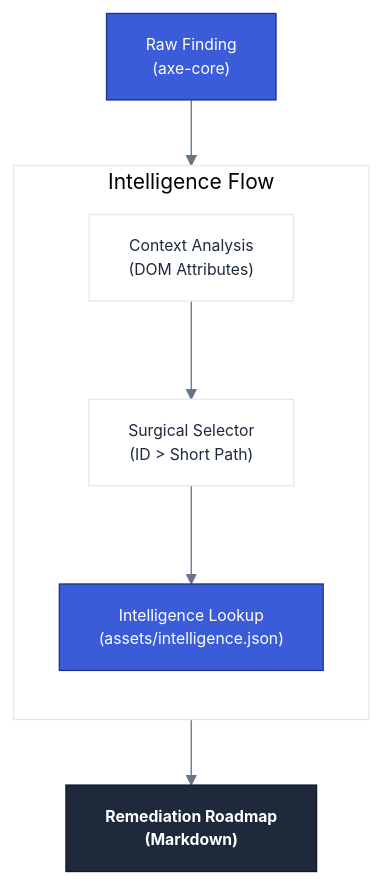
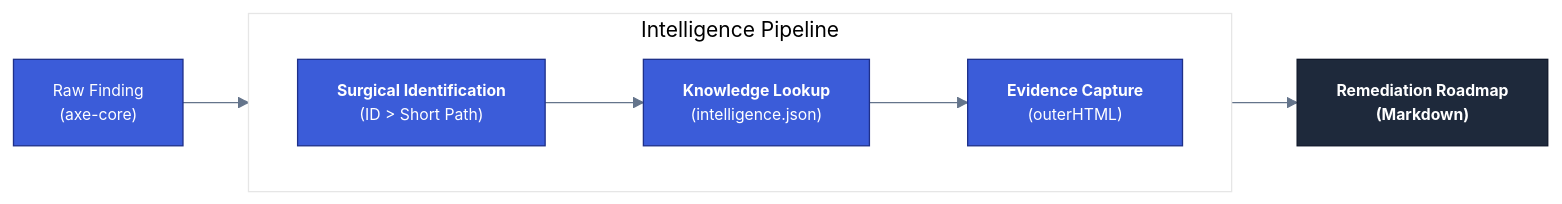
The diagram in docs/engine-intelligence.md (diegovelasquezweb/a11y-skill), drawn with Mermaid before and after one commit. The commit also changed other lines of this file and 1 other file, not shown here.

Commit message:
docs: Refine a11y remediation workflow with new user options and update the intelligence pipeline diagram.

````diff
--- a/docs/engine-intelligence.md
+++ b/docs/engine-intelligence.md
@@ -74,26 +61,23 @@
 ```mermaid
 %%{init: { 'theme': 'base', 'themeVariables': { 'primaryColor': '#3b5cd9', 'primaryTextColor': '#1e293b', 'primaryBorderColor': '#1e308a', 'lineColor': '#64748b', 'secondaryColor': '#f1f5f9', 'tertiaryColor': '#fff', 'mainBkg': '#fff', 'nodeBorder': '#e2e8f0' } } }%%
-flowchart TD
-    Finding["Raw Finding<br/>(axe-core)"]
+flowchart LR
+    Finding["Raw Finding<br/>(axe-core)"] --> Analysis
 
-    subgraph Analysis ["Intelligence Flow"]
-        direction TB
-        Context["Context Analysis<br/>(DOM Attributes)"]
-        Hint["Surgical Selector<br/>(ID > Short Path)"]
-        Match["Intelligence Lookup<br/>(assets/intelligence.json)"]
+    subgraph Analysis["Intelligence Pipeline"]
+        direction LR
+        Surgical["<b>Surgical Identification</b><br/>(ID > Short Path)"]
+        Match["<b>Knowledge Lookup</b><br/>(intelligence.json)"]
+        Evidence["<b>Evidence Capture</b><br/>(outerHTML)"]
+
+        Surgical --> Match --> Evidence
     end
 
-    Roadmap["<b>Remediation Roadmap</b><br/>(Markdown)"]
-
-    Finding --> Context
-    Context --> Hint
-    Hint --> Match
-    Match --> Roadmap
+    Analysis --> Roadmap["<b>Remediation Roadmap</b><br/>(Markdown)"]
 
     classDef default font-family:Inter,sans-serif,font-size:12px;
     classDef core fill:#3b5cd9,color:#fff,stroke:#1e308a;
     classDef roadmap fill:#1e293b,color:#fff,stroke:#0f172a,font-weight:bold;
 
-    class Finding,Match core;
+    class Finding,Match,Surgical,Evidence core;
     class Roadmap roadmap;
 ```
````
